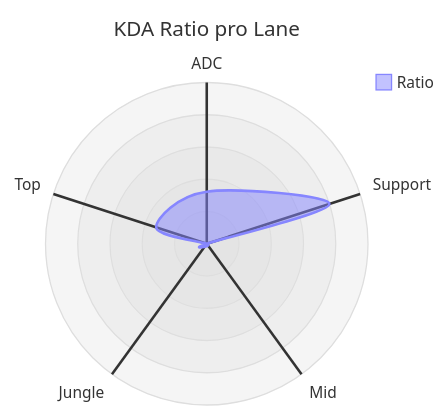
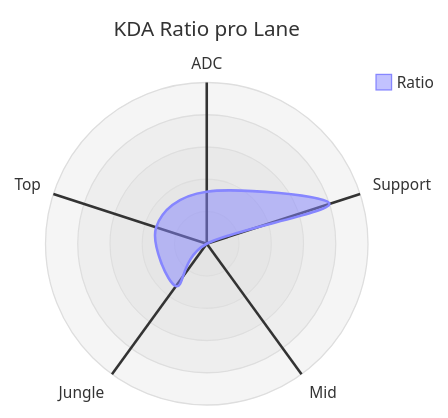
The second of 5 diagrams in docs/gaming/wild-rift.md (flowinho/zensical-website), drawn with Mermaid before and after one commit. The commit also changed other lines of this file, not shown here.

````diff
--- a/docs/gaming/wild-rift.md
+++ b/docs/gaming/wild-rift.md
@@ -49,15 +49,15 @@
 ```mermaid
 ---
 config:
   radar:
     width: 250
     height: 250
 ---
 radar-beta
   title KDA Ratio pro Lane
   axis a["ADC"], s["Support"], m["Mid"], j["Jungle"], t["Top"]
-  curve a["Ratio"]{3.23, 8,  0, 0, 3.3}
+  curve a["Ratio"]{3.23, 8,  0, 3.25, 3.3}
 
   max 10
   min 0
 ``` 
````
